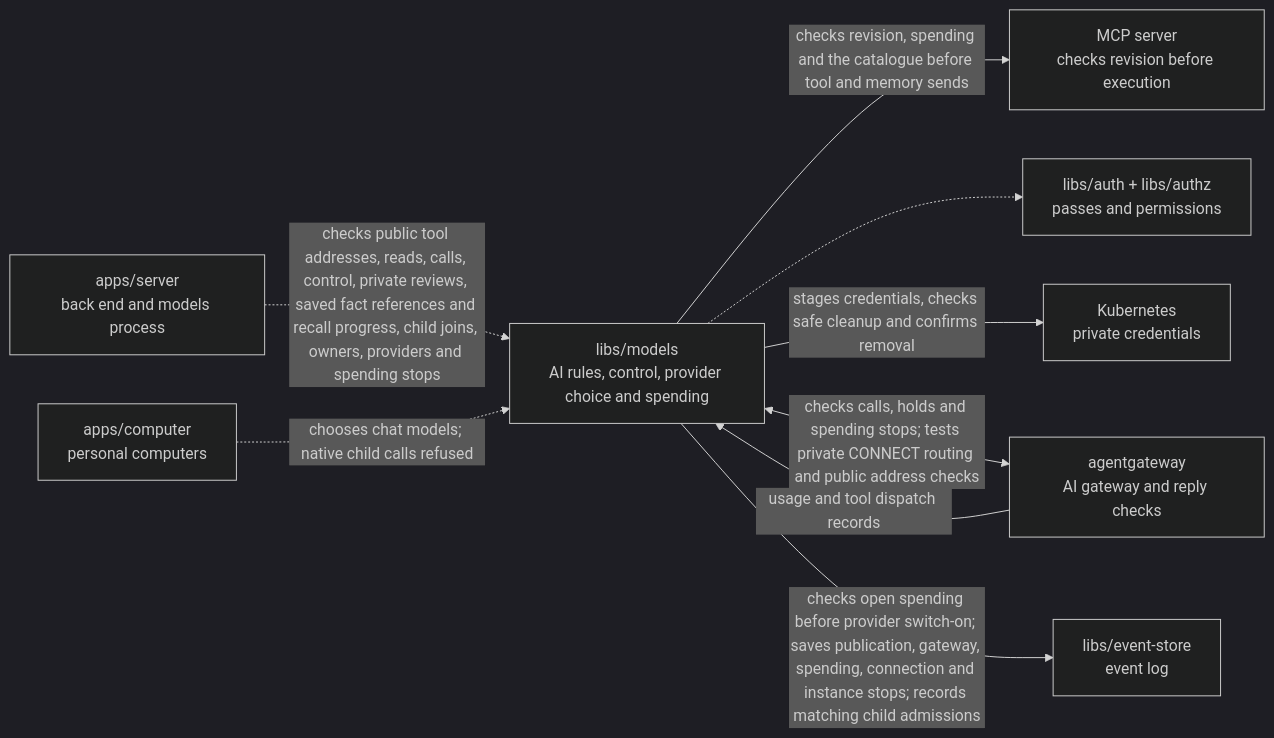
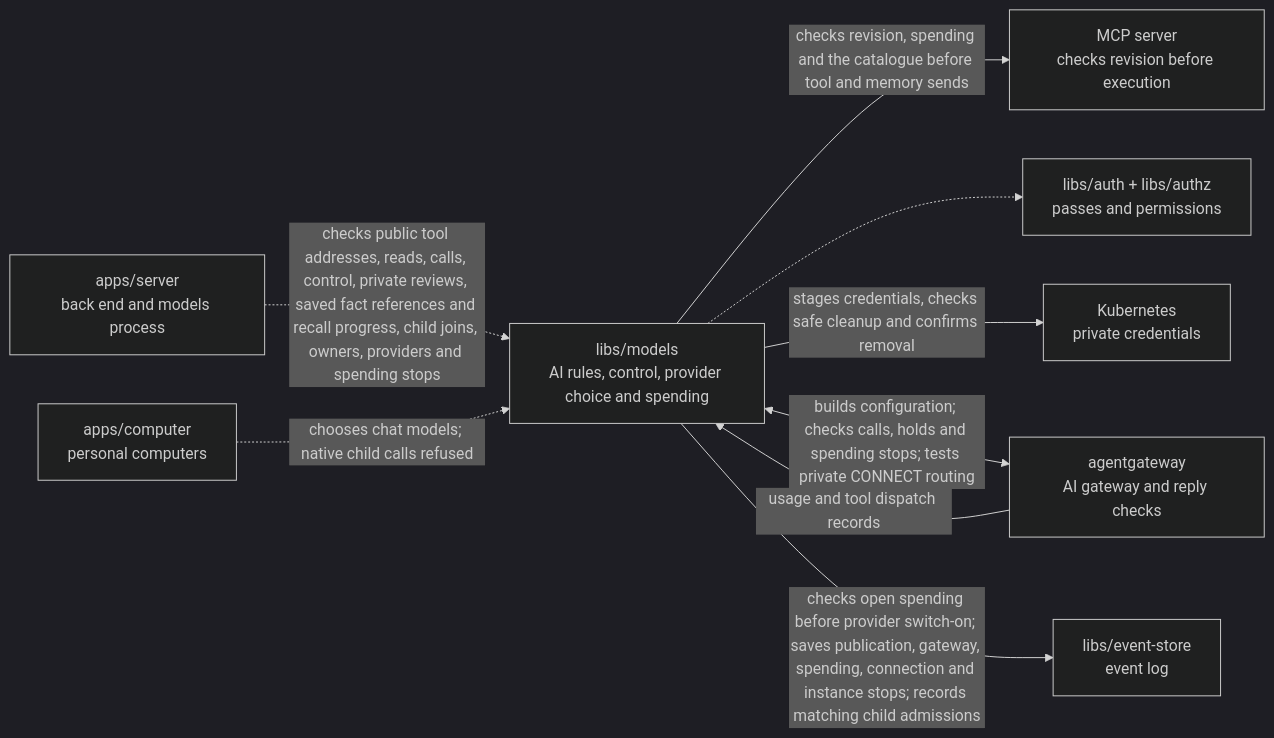
One commit to elewa-git/opencrane-new changed the diagram in libs/models/README.md. Above: the diagram before and after it, drawn with Mermaid (dark theme). The commit also changed other lines of this file and 6 other files, not shown here.

````diff
--- a/libs/models/README.md
+++ b/libs/models/README.md
@@ -14,11 +14,11 @@
 ```mermaid
 flowchart LR
   server["apps/server<br/>back end and models process"] -.->|checks public tool addresses, reads, calls, control, private reviews, saved fact references and recall progress, child joins, owners, providers and spending stops| models["libs/models<br/>AI rules, control, provider choice and spending"]
   models -->|checks revision, spending and the catalogue before tool and memory sends| mcp["MCP server<br/>checks revision before execution"]
   computer["apps/computer<br/>personal computers"] -.->|chooses chat models; native child calls refused| models
   models -.-> auth["libs/auth + libs/authz<br/>passes and permissions"]
   models -->|stages credentials, checks safe cleanup and confirms removal| custody["Kubernetes<br/>private credentials"]
-  models <-->|checks calls, holds and spending stops; tests private CONNECT routing and public address checks| gateway["agentgateway<br/>AI gateway and reply checks"]
+  models <-->|builds configuration; checks calls, holds and spending stops; tests private CONNECT routing| gateway["agentgateway<br/>AI gateway and reply checks"]
   gateway -->|usage and tool dispatch records| models
   models -->|checks open spending before provider switch-on; saves publication, gateway, spending, connection and instance stops; records matching child admissions| store["libs/event-store<br/>event log"]
 ```
````
